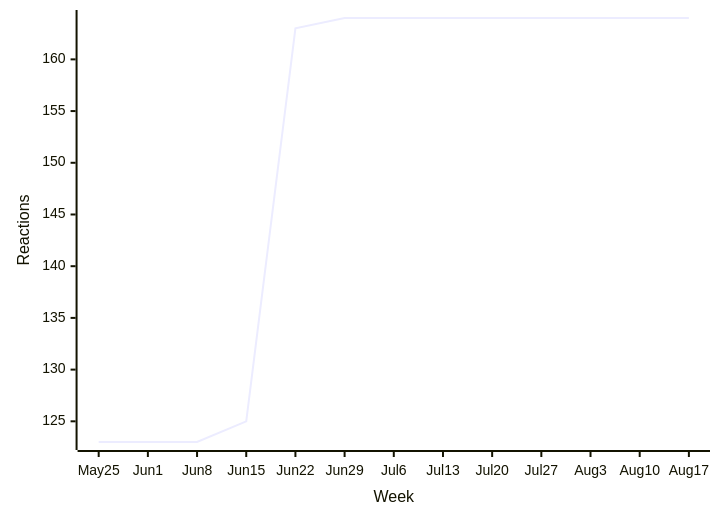
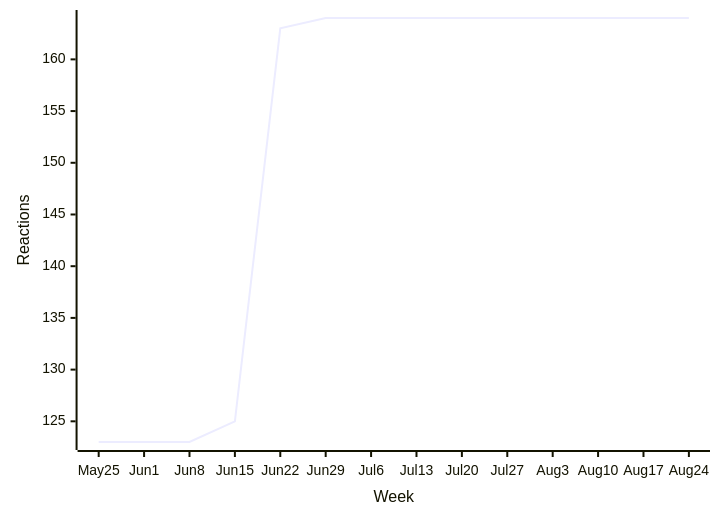
One commit to loic-sharma/github-insights changed the third of 38 diagrams in README.md. Above: the diagram before and after it, drawn with Mermaid. The commit also changed other lines of this file and 3 other files, not shown here.

````diff
--- a/README.md
+++ b/README.md
@@ -358,6 +358,6 @@
   ```mermaid
   xychart-beta
-    x-axis "Week" [May 25, Jun 1, Jun 8, Jun 15, Jun 22, Jun 29, Jul 6, Jul 13, Jul 20, Jul 27, Aug 3, Aug 10, Aug 17]
+    x-axis "Week" [May 25, Jun 1, Jun 8, Jun 15, Jun 22, Jun 29, Jul 6, Jul 13, Jul 20, Jul 27, Aug 3, Aug 10, Aug 17, Aug 24]
     y-axis "Reactions"
-    line [123, 123, 123, 125, 163, 164, 164, 164, 164, 164, 164, 164, 164]
+    line [123, 123, 123, 125, 163, 164, 164, 164, 164, 164, 164, 164, 164, 164]
   ```
````
